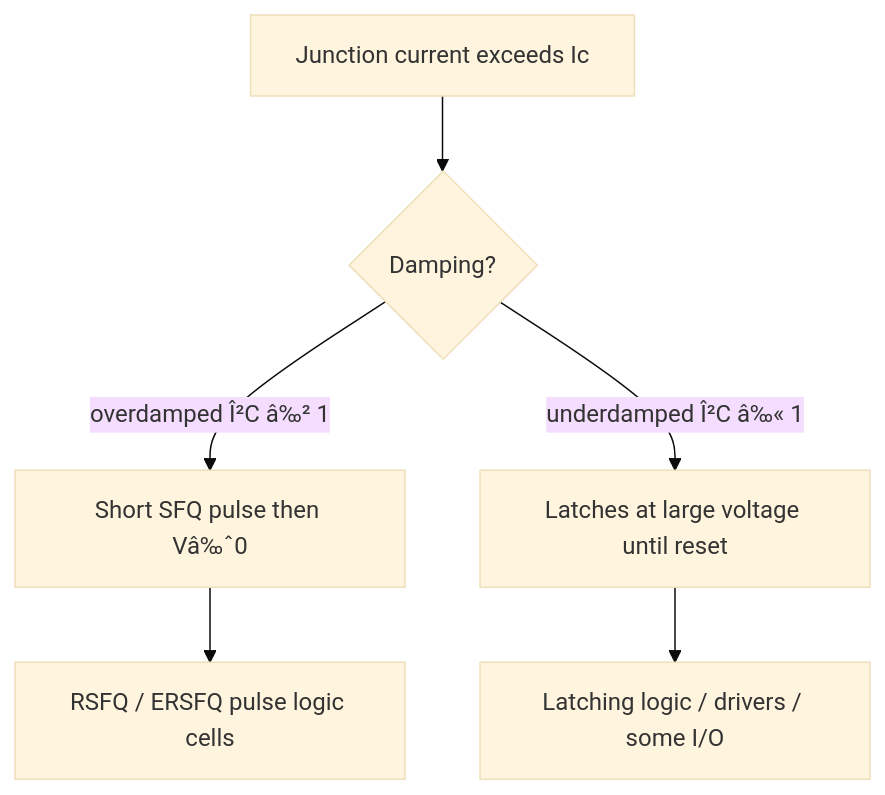
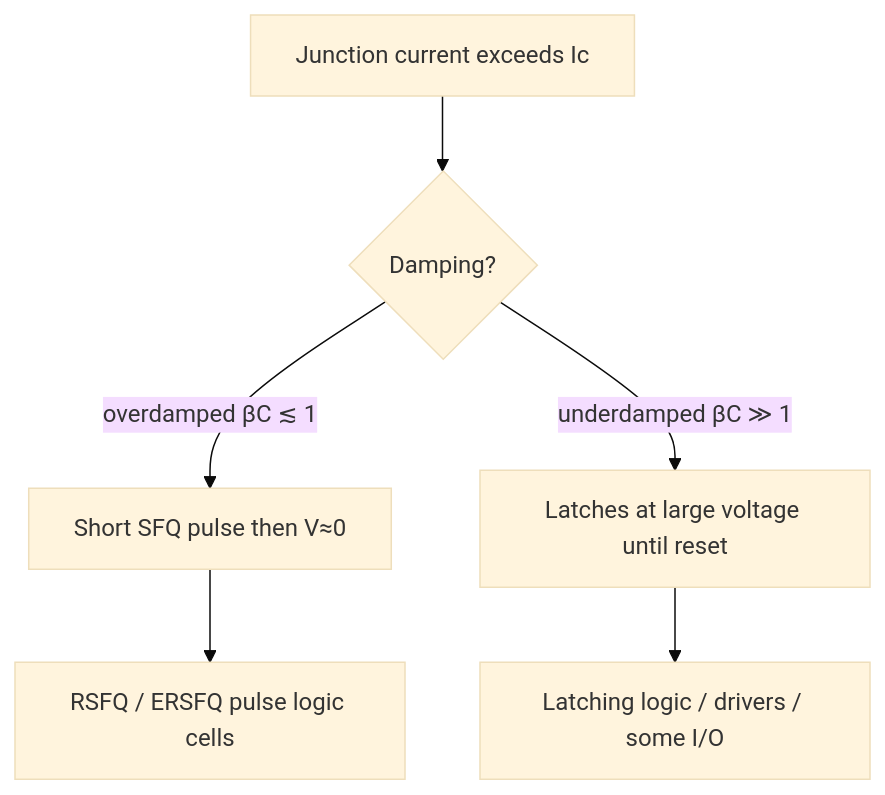
The first of 2 diagrams in docs/fundamentals/overdamped-vs-underdamped-jj.md (Single-Flux-Quantum/sfq-learn-public), drawn with Mermaid (base theme) before and after one commit. The commit also changed other lines of this file and 39 other files, not shown here.

````diff
--- a/docs/fundamentals/overdamped-vs-underdamped-jj.md
+++ b/docs/fundamentals/overdamped-vs-underdamped-jj.md
@@ -62,8 +62,8 @@
 ```mermaid
 flowchart TD
   Switch[Junction current exceeds Ic] --> Q{Damping?}
-  Q -->|"overdamped Î²C â‰² 1"| Pulse[Short SFQ pulse then Vâ‰ˆ0]
-  Q -->|"underdamped Î²C â‰« 1"| Latch[Latches at large voltage until reset]
+  Q -->|"overdamped βC ≲ 1"| Pulse[Short SFQ pulse then V≈0]
+  Q -->|"underdamped βC ≫ 1"| Latch[Latches at large voltage until reset]
   Pulse --> Dig[RSFQ / ERSFQ pulse logic cells]
   Latch --> IO[Latching logic / drivers / some I/O]
 ```
````
